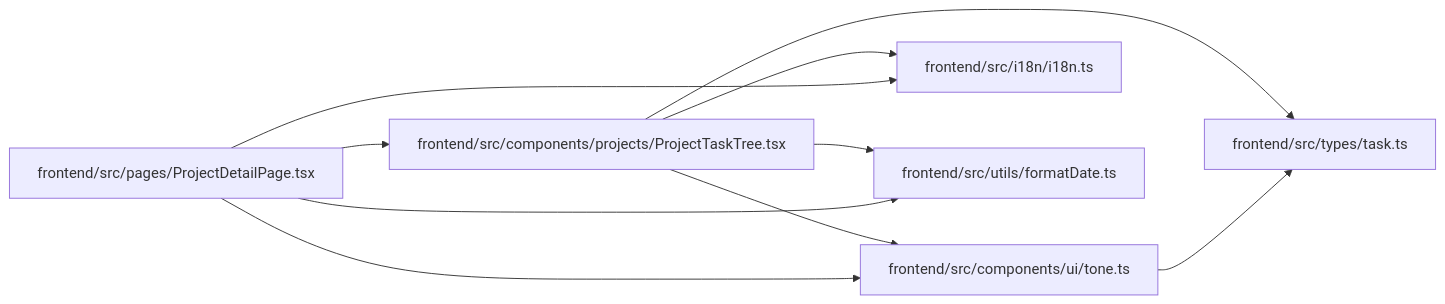
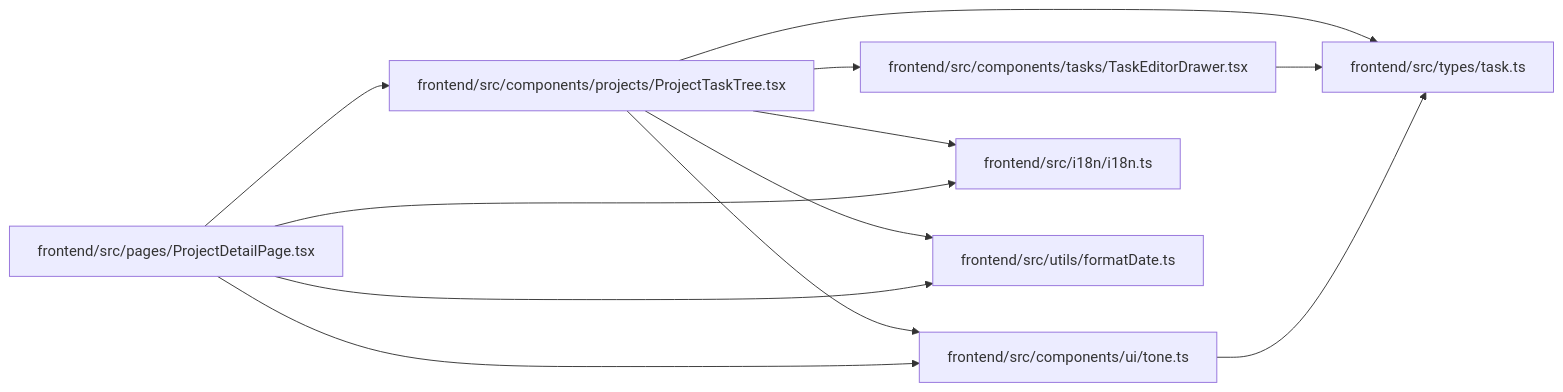
Before and after one commit to Denissvgn/WorkChord: the diagram in docs/llm_wiki/modules/ProjectTaskTree.md, drawn with Mermaid. The commit also changed other lines of this file and 1238 other files, not shown here.

First line of the commit message:
docs(wiki): publish compact canonical domain architecture

````diff
--- a/docs/llm_wiki/modules/ProjectTaskTree.md
+++ b/docs/llm_wiki/modules/ProjectTaskTree.md
@@ -31,24 +33,28 @@
 ```mermaid
 flowchart LR
     n0["frontend/src/components/projects/ProjectTaskTree.tsx"]
-    n1["frontend/src/components/ui/tone.ts"]
-    n2["frontend/src/i18n/i18n.ts"]
-    n3["frontend/src/pages/ProjectDetailPage.tsx"]
-    n4["frontend/src/types/task.ts"]
-    n5["frontend/src/utils/formatDate.ts"]
+    n1["frontend/src/components/tasks/TaskEditorDrawer.tsx"]
+    n2["frontend/src/components/ui/tone.ts"]
+    n3["frontend/src/i18n/i18n.ts"]
+    n4["frontend/src/pages/ProjectDetailPage.tsx"]
+    n5["frontend/src/types/task.ts"]
+    n6["frontend/src/utils/formatDate.ts"]
     n0 --> n1
     n0 --> n2
-    n0 --> n4
+    n0 --> n3
     n0 --> n5
-    n1 --> n4
-    n3 --> n0
-    n3 --> n1
-    n3 --> n2
-    n3 --> n5
+    n0 --> n6
+    n1 --> n5
+    n2 --> n5
+    n4 --> n0
+    n4 --> n2
+    n4 --> n3
+    n4 --> n6
     click n0 "../modules/ProjectTaskTree.md"
-    click n1 "../modules/tone.md"
-    click n2 "../modules/i18n.md"
-    click n3 "../modules/ProjectDetailPage.md"
-    click n4 "../modules/types_task.md"
-    click n5 "../modules/formatDate.md"
+    click n1 "../modules/TaskEditorDrawer.md"
+    click n2 "../modules/tone.md"
+    click n3 "../modules/i18n.md"
+    click n4 "../modules/ProjectDetailPage.md"
+    click n5 "../modules/types_task.md"
+    click n6 "../modules/formatDate.md"
 ```
````
